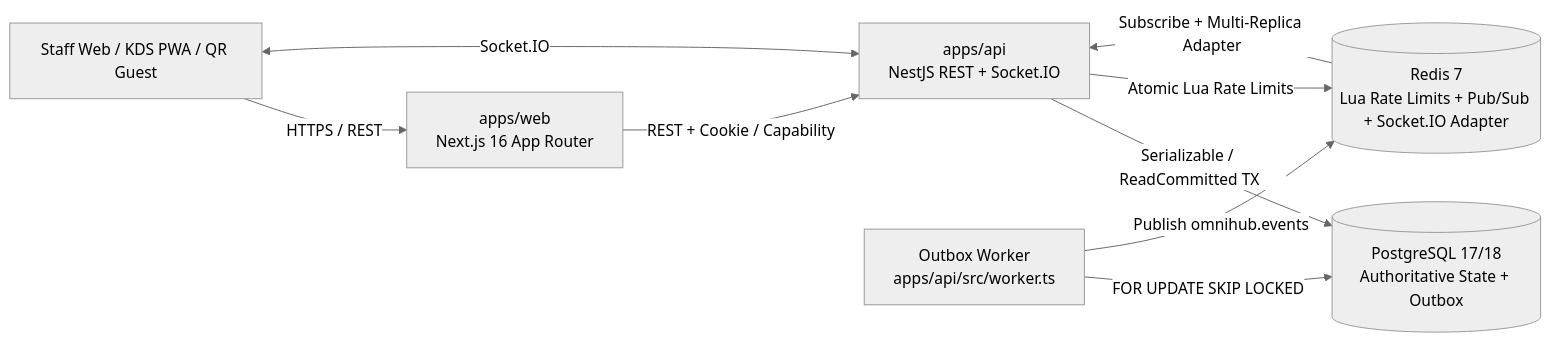
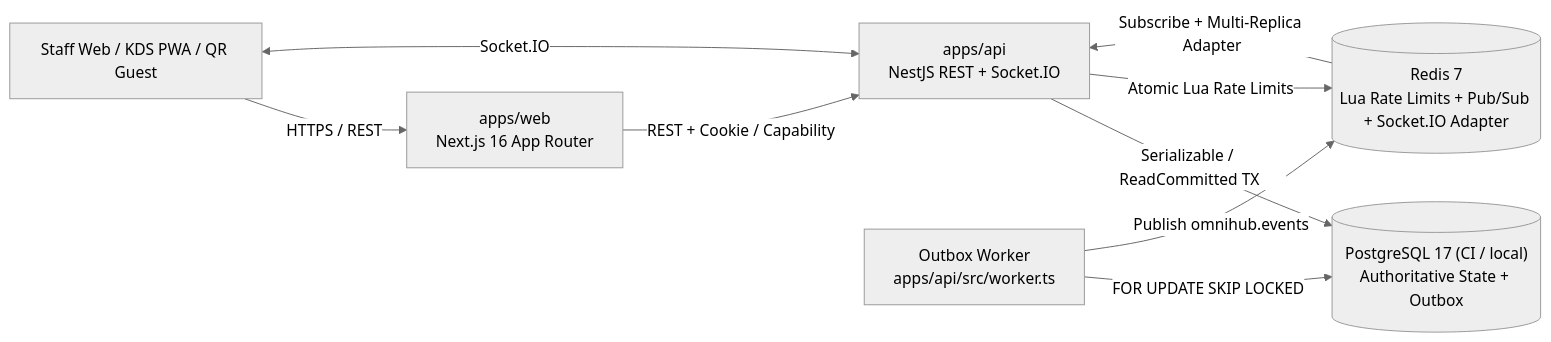
The diagram in docs/ARCHITECTURE.md (ngophong123/OMNIHUB), drawn with Mermaid (neutral theme) before and after one commit. The commit also changed other lines of this file, not shown here.

Commit message:
docs(architecture): align PostgreSQL version with CI

````diff
--- a/docs/ARCHITECTURE.md
+++ b/docs/ARCHITECTURE.md
@@ -14,18 +14,18 @@
 ```mermaid
 flowchart LR
   Clients["Staff Web / KDS PWA / QR Guest"]
   Web["apps/web\nNext.js 16 App Router"]
   API["apps/api\nNestJS REST + Socket.IO"]
-  PG[("PostgreSQL 17/18\nAuthoritative State + Outbox")]
+  PG[("PostgreSQL 17 (CI / local)\nAuthoritative State + Outbox")]
   Worker["Outbox Worker\napps/api/src/worker.ts"]
   Redis[("Redis 7\nLua Rate Limits + Pub/Sub + Socket.IO Adapter")]
 
   Clients -->|HTTPS / REST| Web
   Web -->|REST + Cookie / Capability| API
   Clients <-->|Socket.IO| API
   API -->|Serializable / ReadCommitted TX| PG
   API -->|Atomic Lua Rate Limits| Redis
   Worker -->|FOR UPDATE SKIP LOCKED| PG
   Worker -->|Publish omnihub.events| Redis
   Redis -->|Subscribe + Multi-Replica Adapter| API
 ```
````
